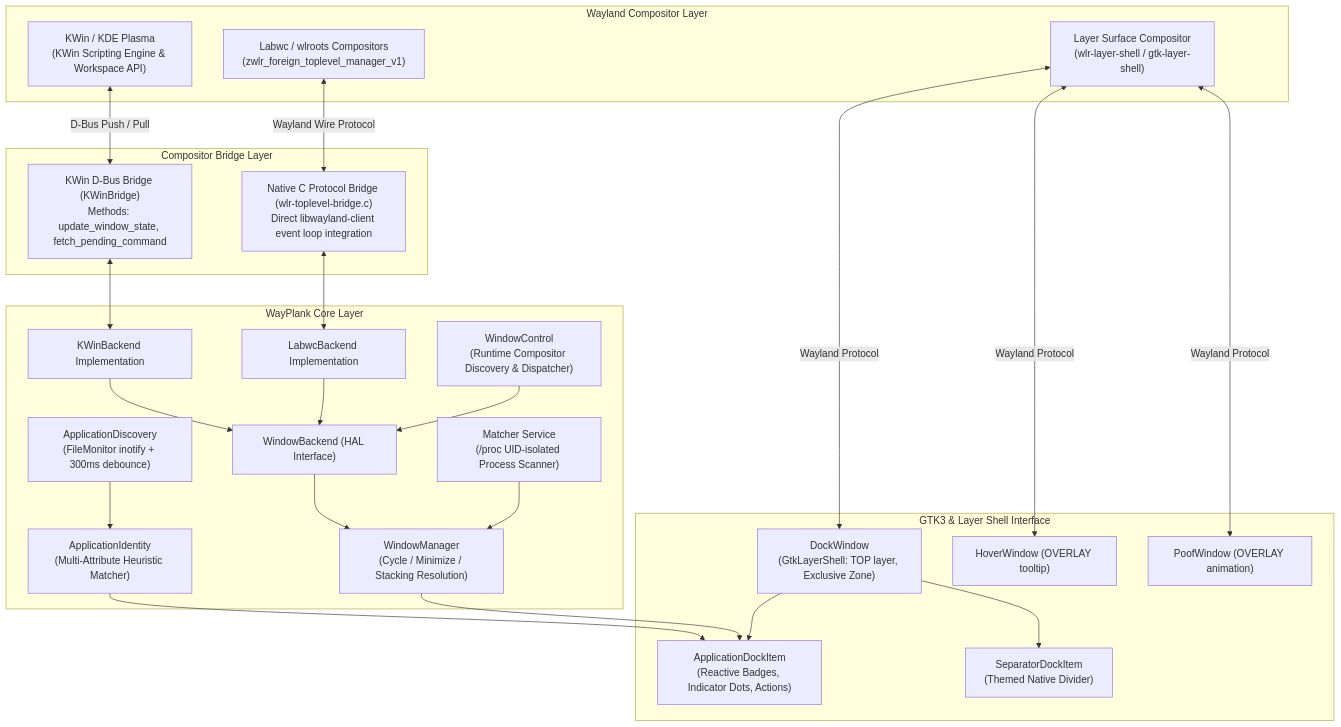
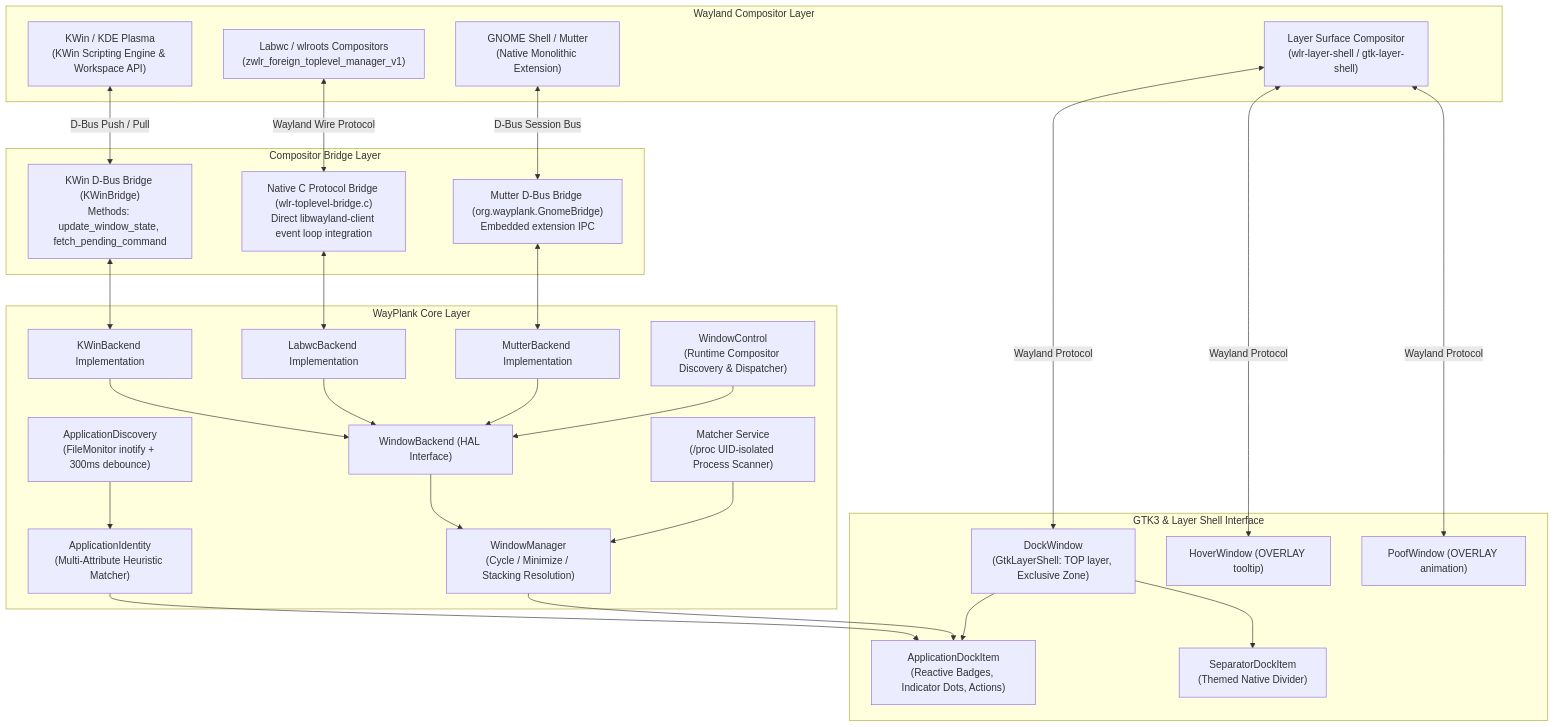
Before and after one commit to sergiomelas/WayPlank: the first of 3 diagrams in Documentation/wayplank_x11_to_wayland_report_en.md, drawn with Mermaid. The commit also changed other lines of this file and 31 other files, not shown here.

````diff
--- a/Documentation/wayplank_x11_to_wayland_report_en.md
+++ b/Documentation/wayplank_x11_to_wayland_report_en.md
@@ -47,51 +47,57 @@
 ```mermaid
 flowchart TD
     subgraph Compositors ["Wayland Compositor Layer"]
         KWinComp["KWin / KDE Plasma\n(KWin Scripting Engine & Workspace API)"]
         WlrComp["Labwc / wlroots Compositors\n(zwlr_foreign_toplevel_manager_v1)"]
+        MutterComp["GNOME Shell / Mutter\n(Native Monolithic Extension)"]
         LayerCompositor["Layer Surface Compositor\n(wlr-layer-shell / gtk-layer-shell)"]
     end
 
     subgraph Bridges ["Compositor Bridge Layer"]
         DBusIface["KWin D-Bus Bridge (KWinBridge)\nMethods: update_window_state, fetch_pending_command"]
         WlrBridge["Native C Protocol Bridge (wlr-toplevel-bridge.c)\nDirect libwayland-client event loop integration"]
+        MutterBridge["Mutter D-Bus Bridge (org.wayplank.GnomeBridge)\nEmbedded extension IPC"]
     end
 
     subgraph WayPlankCore ["WayPlank Core Layer"]
         WindowControl["WindowControl\n(Runtime Compositor Discovery & Dispatcher)"]
         WindowBackend["WindowBackend (HAL Interface)"]
         KWinBackend["KWinBackend Implementation"]
         LabwcBackend["LabwcBackend Implementation"]
+        MutterBackend["MutterBackend Implementation"]
         WindowManager["WindowManager\n(Cycle / Minimize / Stacking Resolution)"]
         AppDiscovery["ApplicationDiscovery\n(FileMonitor inotify + 300ms debounce)"]
         AppIdentity["ApplicationIdentity\n(Multi-Attribute Heuristic Matcher)"]
         Matcher["Matcher Service\n(/proc UID-isolated Process Scanner)"]
     end
 
     subgraph UI ["GTK3 & Layer Shell Interface"]
         DockWindow["DockWindow\n(GtkLayerShell: TOP layer, Exclusive Zone)"]
         AppItem["ApplicationDockItem\n(Reactive Badges, Indicator Dots, Actions)"]
         SepItem["SeparatorDockItem\n(Themed Native Divider)"]
         HoverWin["HoverWindow (OVERLAY tooltip)"]
         PoofWin["PoofWindow (OVERLAY animation)"]
     end
 
     KWinComp <-->|D-Bus Push / Pull| DBusIface
     DBusIface <--> KWinBackend
     WlrComp <-->|Wayland Wire Protocol| WlrBridge
     WlrBridge <--> LabwcBackend
+    MutterComp <-->|D-Bus Session Bus| MutterBridge
+    MutterBridge <--> MutterBackend
 
     KWinBackend --> WindowBackend
     LabwcBackend --> WindowBackend
+    MutterBackend --> WindowBackend
     WindowControl --> WindowBackend
     WindowBackend --> WindowManager
     Matcher --> WindowManager
     AppDiscovery --> AppIdentity
     AppIdentity --> AppItem
     WindowManager --> AppItem
     LayerCompositor <-->|Wayland Protocol| DockWindow
     LayerCompositor <-->|Wayland Protocol| HoverWin
     LayerCompositor <-->|Wayland Protocol| PoofWin
     DockWindow --> AppItem
     DockWindow --> SepItem
 ```
````
